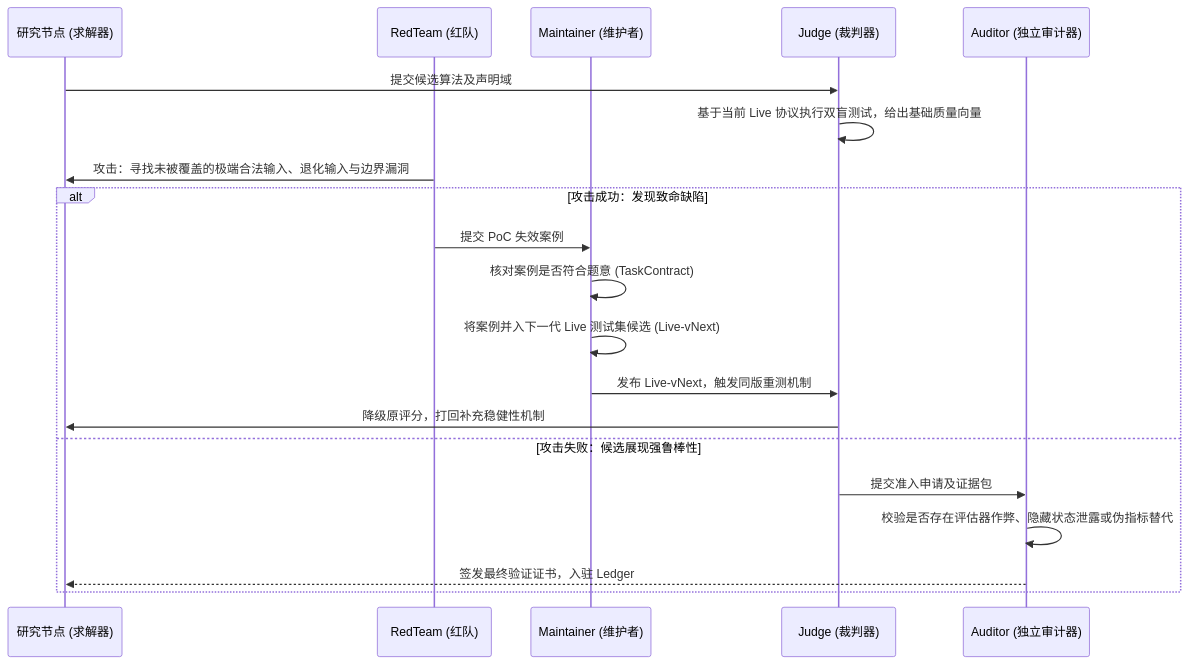
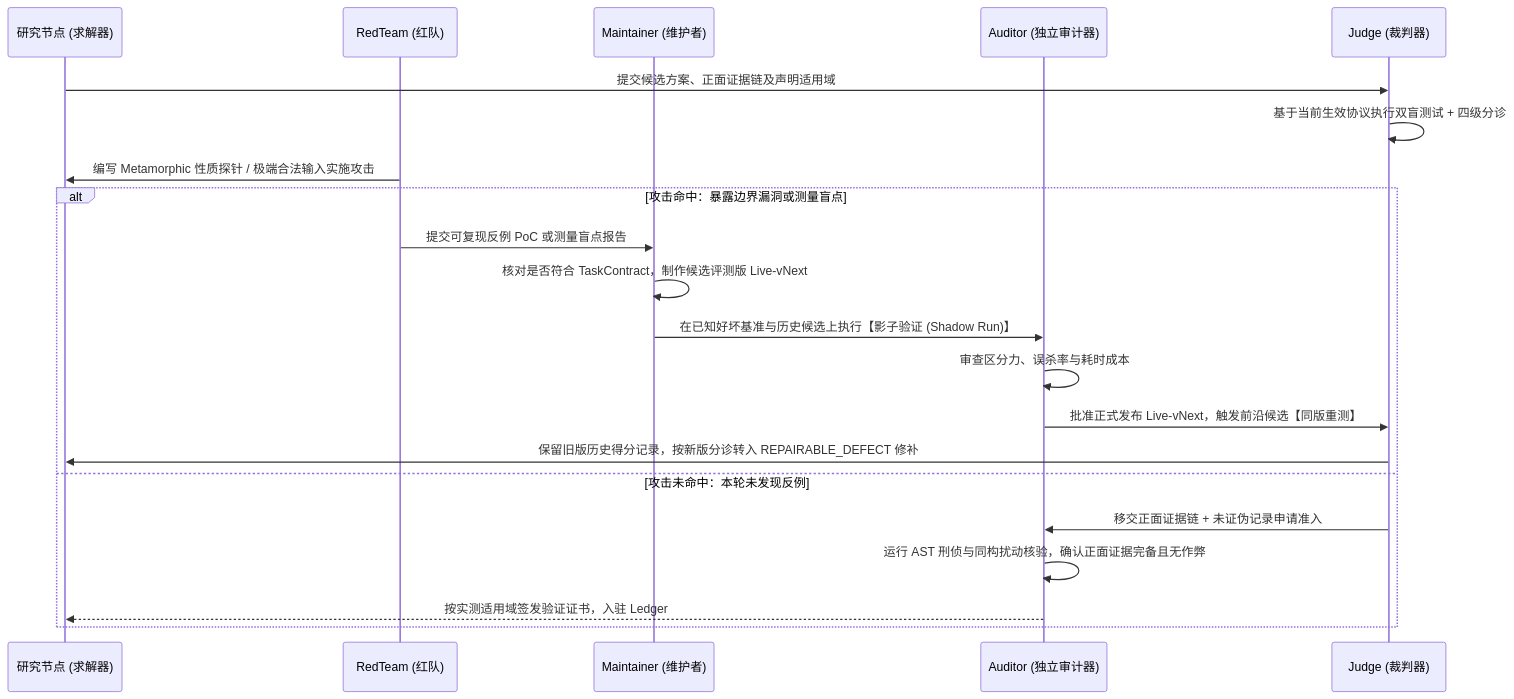
The tenth of 20 diagrams in V4_总体架构与工程规范_全编整合版.md (Qingzhu093/greatwall-agent), drawn with Mermaid before and after one commit. The commit also changed other lines of this file, not shown here.

Commit message:
feat(v4.1): upgrade master architecture spec with 4-tier triage, epistemic synthesis, clean-room worktrees, and 3D cognitive asymmetry

````diff
--- a/V4_总体架构与工程规范_全编整合版.md
+++ b/V4_总体架构与工程规范_全编整合版.md
@@ -510,23 +558,24 @@
 ```mermaid
 sequenceDiagram
     participant Worker as 研究节点 (求解器)
     participant RT as RedTeam (红队)
     participant Maint as Maintainer (维护者)
+    participant Aud as Auditor (独立审计器)
     participant Judge as Judge (裁判器)
-    participant Aud as Auditor (独立审计器)
 
-    Worker->>Judge: 提交候选算法及声明域
-    Judge->>Judge: 基于当前 Live 协议执行双盲测试，给出基础质量向量
-    RT->>Worker: 攻击：寻找未被覆盖的极端合法输入、退化输入与边界漏洞
-    alt 攻击成功：发现致命缺陷
-        RT->>Maint: 提交 PoC 失效案例
-        Maint->>Maint: 核对案例是否符合题意 (TaskContract)
-        Maint->>Maint: 将案例并入下一代 Live 测试集候选 (Live-vNext)
-        Maint->>Judge: 发布 Live-vNext，触发同版重测机制
-        Judge->>Worker: 降级原评分，打回补充稳健性机制
-    else 攻击失败：候选展现强鲁棒性
-        Judge->>Aud: 提交准入申请及证据包
-        Aud->>Aud: 校验是否存在评估器作弊、隐藏状态泄露或伪指标替代
-        Aud-->>Worker: 签发最终验证证书，入驻 Ledger
+    Worker->>Judge: 提交候选方案、正面证据链及声明适用域
+    Judge->>Judge: 基于当前生效协议执行双盲测试 + 四级分诊
+    RT->>Worker: 编写 Metamorphic 性质探针 / 极端合法输入实施攻击
+    alt 攻击命中：暴露边界漏洞或测量盲点
+        RT->>Maint: 提交可复现反例 PoC 或测量盲点报告
+        Maint->>Maint: 核对是否符合 TaskContract，制作候选评测版 Live-vNext
+        Maint->>Aud: 在已知好坏基准与历史候选上执行【影子验证 (Shadow Run)】
+        Aud->>Aud: 审查区分力、误杀率与耗时成本
+        Aud->>Judge: 批准正式发布 Live-vNext，触发前沿候选【同版重测】
+        Judge->>Worker: 保留旧版历史得分记录，按新版分诊转入 REPAIRABLE_DEFECT 修补
+    else 攻击未命中：本轮未发现反例
+        Judge->>Aud: 移交正面证据链 + 未证伪记录申请准入
+        Aud->>Aud: 运行 AST 刑侦与同构扰动核验，确认正面证据完备且无作弊
+        Aud-->>Worker: 按实测适用域签发验证证书，入驻 Ledger
     end
 ```
````
